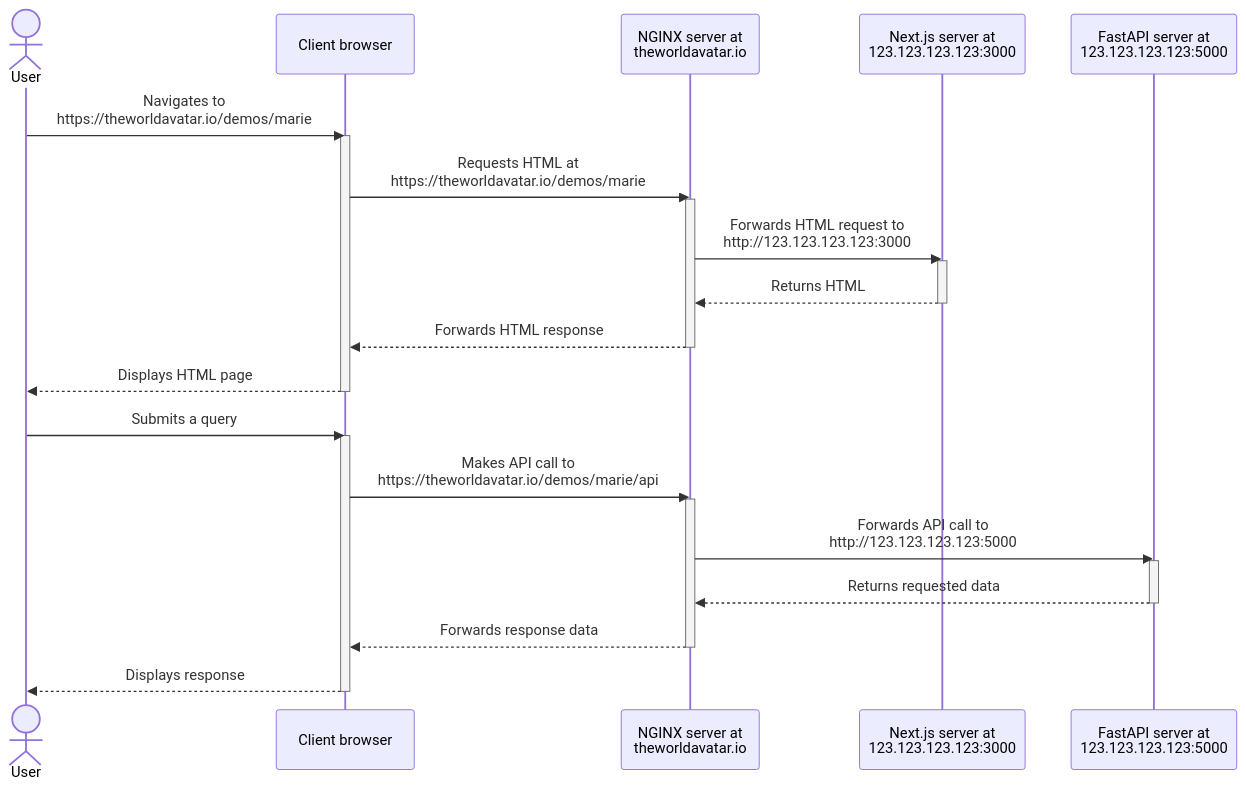
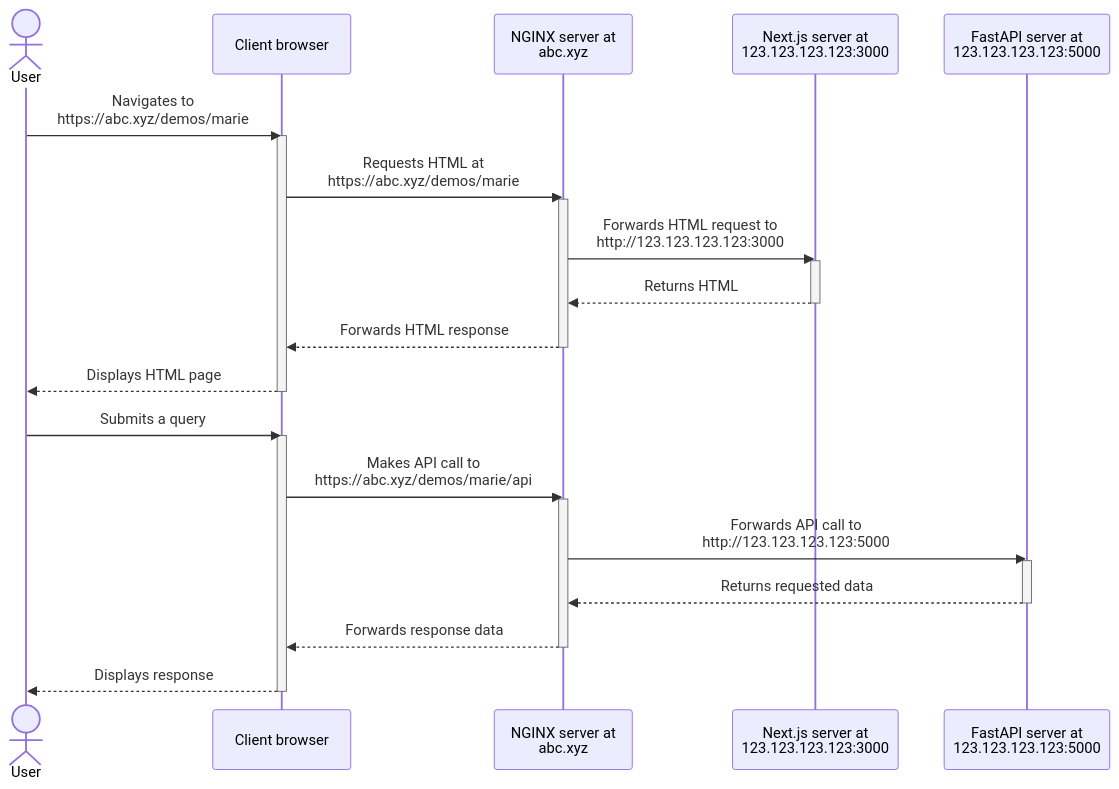
Before and after one commit to cambridge-cares/TheWorldAvatar: the second of 2 diagrams in QuestionAnswering/QA_ICL/README.md, drawn with Mermaid. The commit also changed other lines of this file and 5 other files, not shown here.

````diff
--- a/QuestionAnswering/QA_ICL/README.md
+++ b/QuestionAnswering/QA_ICL/README.md
@@ -103,34 +180,34 @@
 ```mermaid
 sequenceDiagram
   actor user as User
   participant browser as Client browser
-  participant nginx as NGINX server at<br/>theworldavatar.io
+  participant nginx as NGINX server at<br/>abc.xyz
   participant next as Next.js server at<br/>123.123.123.123:3000
   participant fastapi as FastAPI server at<br/>123.123.123.123:5000
 
-  user->>browser: Navigates to<br/>https://theworldavatar.io/demos/marie
+  user->>browser: Navigates to<br/>https://abc.xyz/demos/marie
   activate browser
-  browser->>nginx: Requests HTML at<br/>https://theworldavatar.io/demos/marie
+  browser->>nginx: Requests HTML at<br/>https://abc.xyz/demos/marie
   activate nginx
   nginx->>next: Forwards HTML request to<br/>http://123.123.123.123:3000
   activate next
   next-->>nginx: Returns HTML
   deactivate next
   nginx-->>browser: Forwards HTML response
   deactivate nginx
   browser-->>user: Displays HTML page
   deactivate browser
 
   user->>browser: Submits a query
   activate browser
-  browser->>nginx: Makes API call to<br/>https://theworldavatar.io/demos/marie/api
+  browser->>nginx: Makes API call to<br/>https://abc.xyz/demos/marie/api
   activate nginx
   nginx->>fastapi: Forwards API call to<br/>http://123.123.123.123:5000
   activate fastapi
   fastapi-->>nginx: Returns requested data
   deactivate fastapi
   nginx-->>browser: Forwards response data
   deactivate nginx
   browser-->>user: Displays response
   deactivate browser
 ```
````
